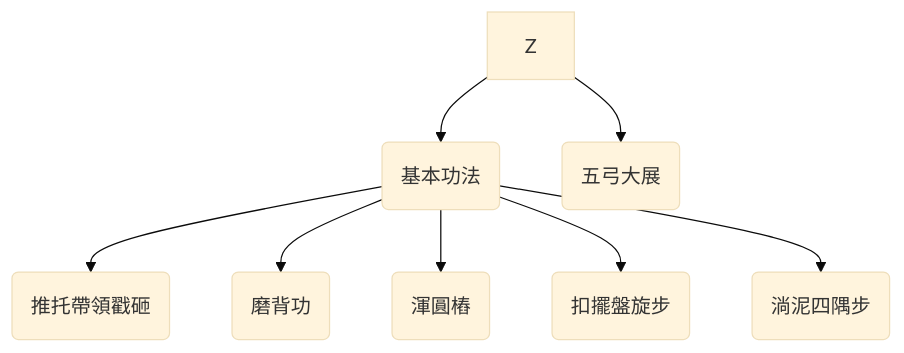
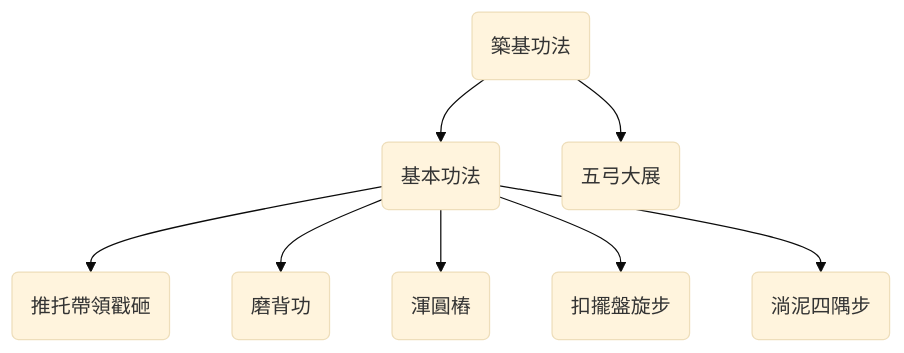
One commit to hfyeh/taiji changed the third of 3 diagrams in chap04/README.md. Above: the diagram before and after it, drawn with Mermaid (base theme).

````diff
--- a/chap04/README.md
+++ b/chap04/README.md
@@ -25,10 +25,10 @@
 ```mermaid
 graph TD;
-    Z-->A(基本功法);
+    Z(築基功法)-->A(基本功法);
     A-->B(推托帶領戳砸);
     A-->C(磨背功);
     A-->D(渾圓樁);
     A-->E(扣擺盤旋步);
     A-->F(淌泥四隅步);
     Z-->G(五弓大展);
 ```
````
